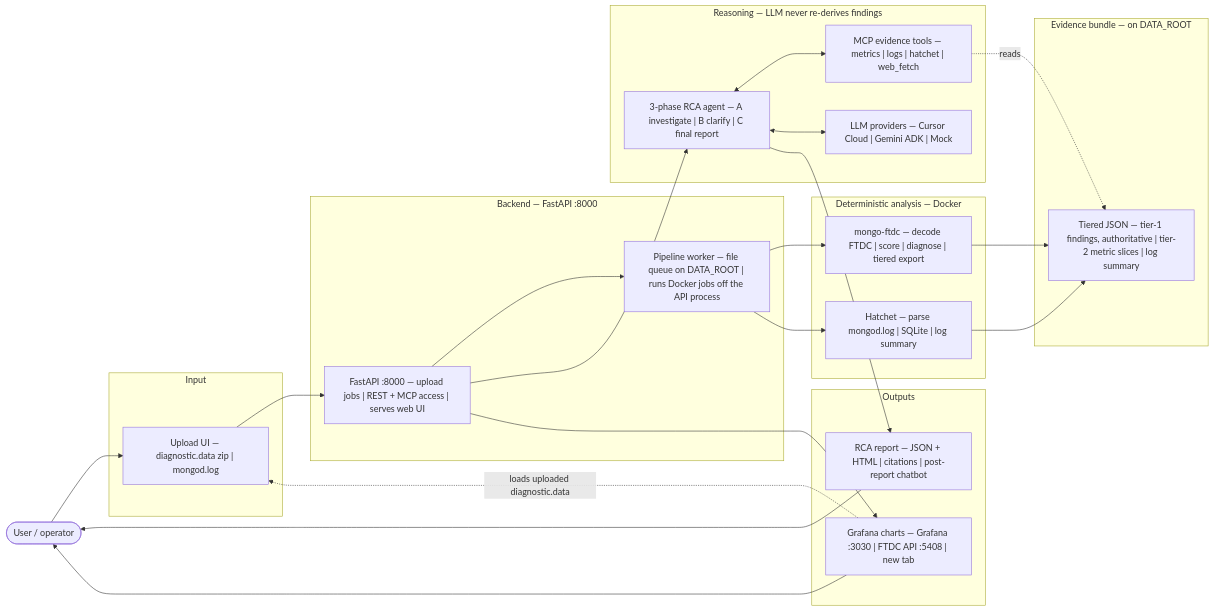
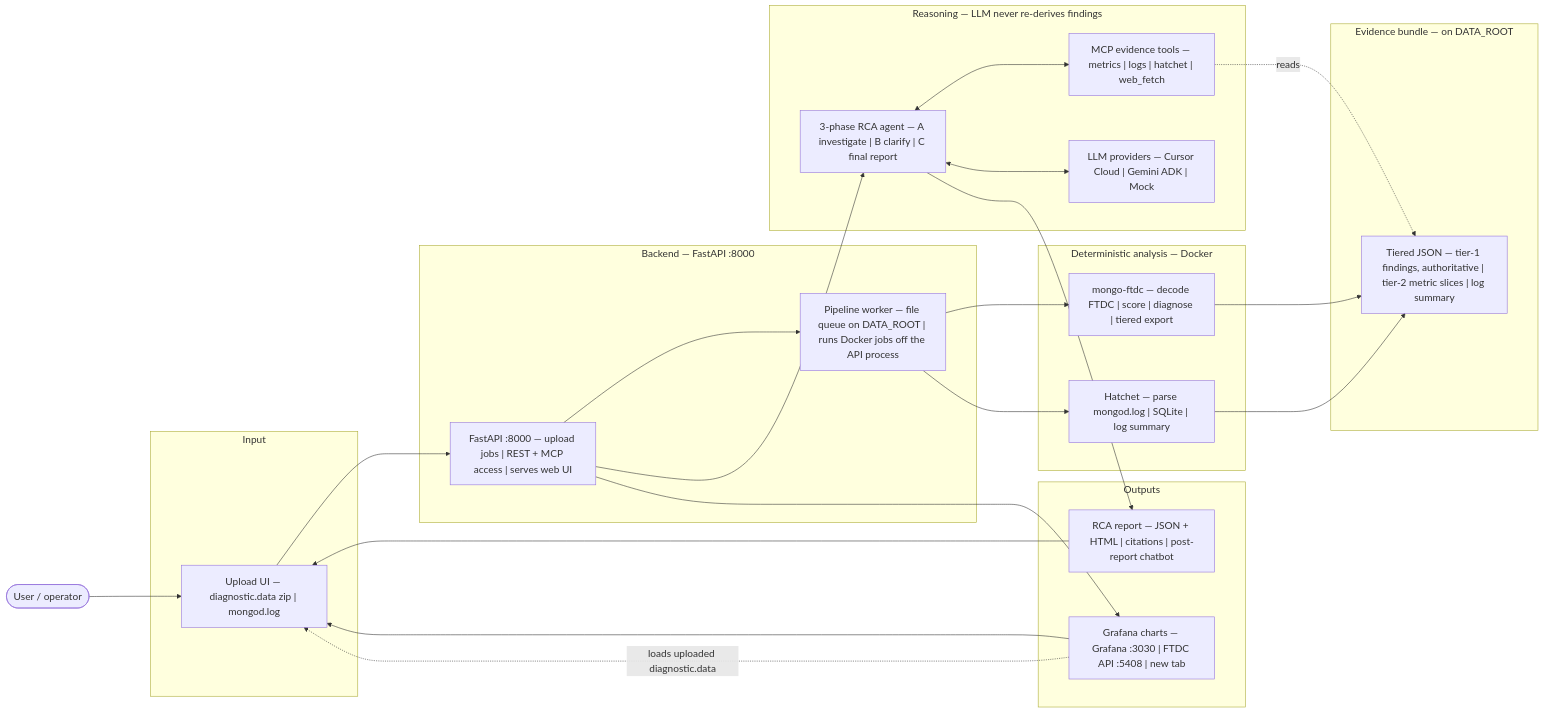
The first of 2 diagrams in README.md (Prateek-Agarwal2006/Mongo-Debugger), drawn with Mermaid before and after one commit. The commit also changed other lines of this file and 2 other files, not shown here.

Commit message:
Refine mentor flow diagram output routing.
Make Mermaid renders larger and route report/chart outputs back through the UI instead of directly to the operator.

````diff
--- a/README.md
+++ b/README.md
@@ -105,45 +105,46 @@
 ```mermaid
+%%{init: {'flowchart': {'nodeSpacing': 80, 'rankSpacing': 110}, 'themeVariables': {'fontSize': '18px'}}}%%
 flowchart LR
   User(["User / operator"])
 
   subgraph input [Input]
     Upload["Upload UI — diagnostic.data zip | mongod.log"]
   end
 
   subgraph backend [Backend — FastAPI :8000]
     API["FastAPI :8000 — upload jobs | REST + MCP access | serves web UI"]
     Worker["Pipeline worker — file queue on DATA_ROOT | runs Docker jobs off the API process"]
   end
 
   subgraph det [Deterministic analysis — Docker]
     MFTDC["mongo-ftdc — decode FTDC | score | diagnose | tiered export"]
     Hatchet["Hatchet — parse mongod.log | SQLite | log summary"]
   end
 
   subgraph ev [Evidence bundle — on DATA_ROOT]
     Bundle["Tiered JSON — tier-1 findings, authoritative | tier-2 metric slices | log summary"]
   end
 
   subgraph reason [Reasoning — LLM never re-derives findings]
     Agent["3-phase RCA agent — A investigate | B clarify | C final report"]
     MCP["MCP evidence tools — metrics | logs | hatchet | web_fetch"]
     LLM["LLM providers — Cursor Cloud | Gemini ADK | Mock"]
   end
 
   subgraph out [Outputs]
     Report["RCA report — JSON + HTML | citations | post-report chatbot"]
     Grafana["Grafana charts — Grafana :3030 | FTDC API :5408 | new tab"]
   end
 
   User --> Upload --> API
   API --> Worker
   Worker --> MFTDC --> Bundle
   Worker --> Hatchet --> Bundle
   API --> Agent
   Agent <--> MCP
   Agent <--> LLM
   MCP -.->|reads| Bundle
-  Agent --> Report --> User
-  API --> Grafana --> User
+  Agent --> Report --> Upload
+  API --> Grafana --> Upload
   Grafana -.->|loads uploaded diagnostic.data| Upload
 ```
````
